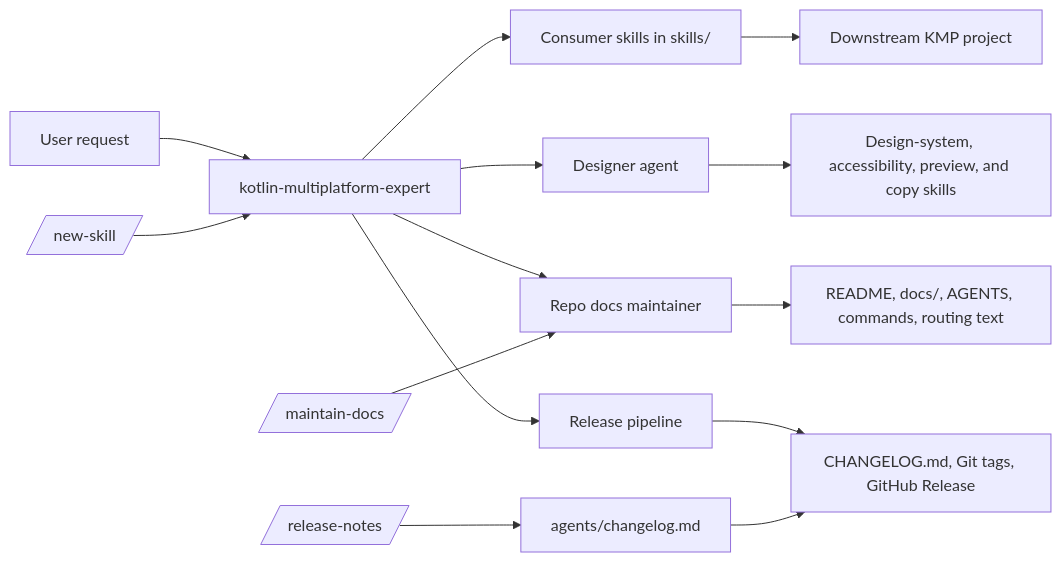
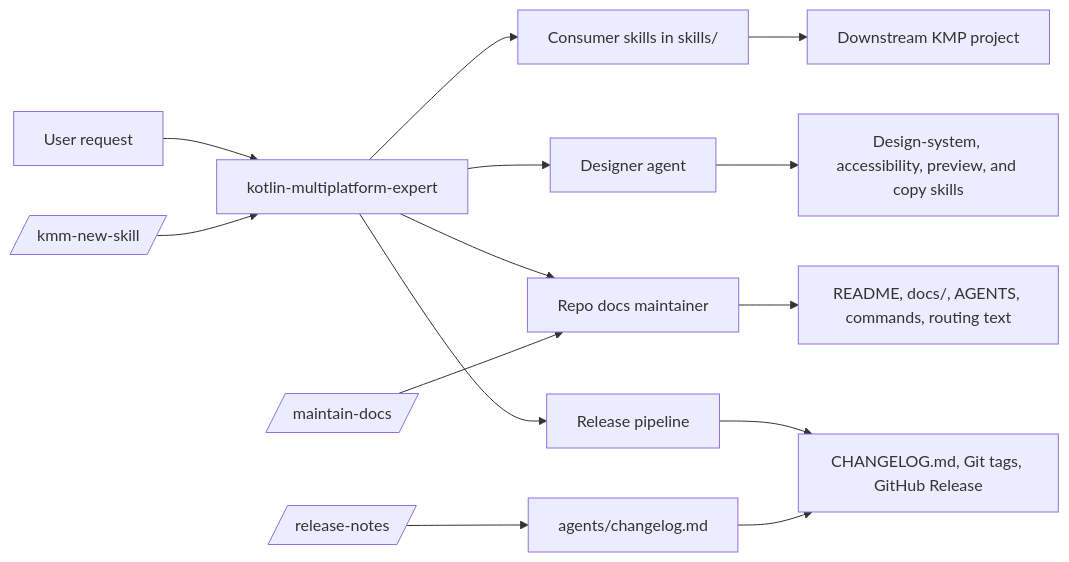
Before and after one commit to ronjunevaldoz/kmm-agent-skills: the first of 3 diagrams in README.md, drawn with Mermaid. The commit also changed 6 other files, not shown here.

First line of the commit message:
refactor(commands): rename /new-skill → /kmm-new-skill

````diff
--- a/README.md
+++ b/README.md
@@ -41,20 +41,20 @@
 ```mermaid
 flowchart LR
   U[User request] --> E[kotlin-multiplatform-expert]
 
   E --> S[Consumer skills in skills/]
   E --> X[Designer agent]
   E --> D[Repo docs maintainer]
   E --> R[Release pipeline]
 
   S --> P[Downstream KMP project]
   X --> Z[Design-system, accessibility, preview, and copy skills]
   D --> RD[README, docs/, AGENTS, commands, routing text]
   R --> C[CHANGELOG.md, Git tags, GitHub Release]
 
   RN[/release-notes/] --> A[agents/changelog.md]
   A --> C
 
   MD[/maintain-docs/] --> D
-  NS[/new-skill/] --> E
+  NS[/kmm-new-skill/] --> E
 ```
````
